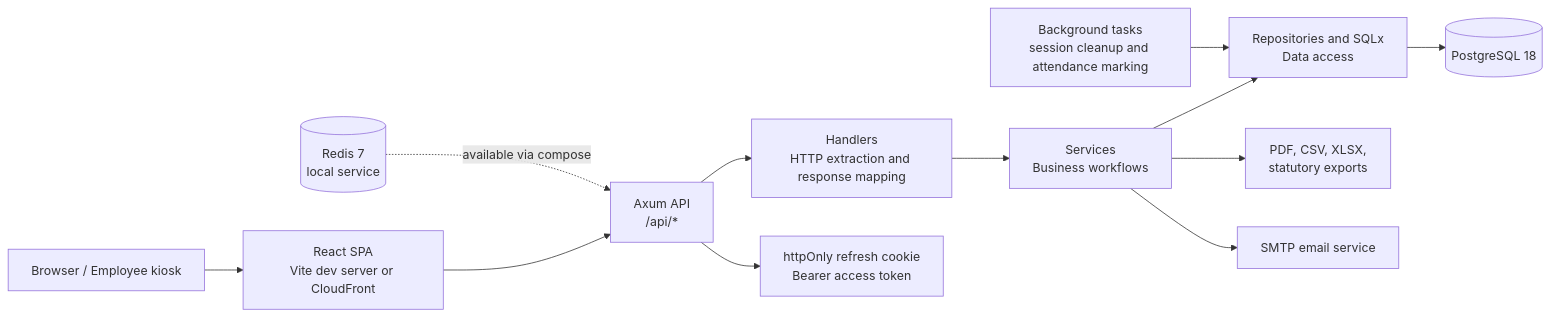
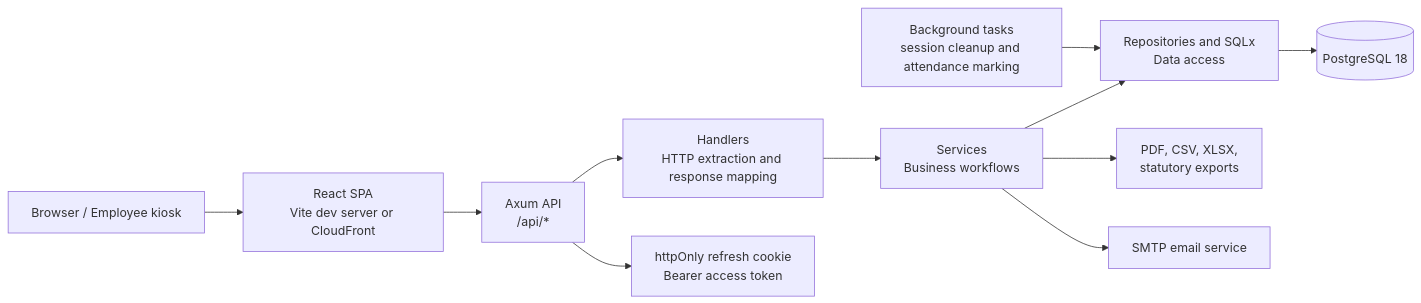
One commit to siewong007/payroll-system changed the diagram in README.md. Above: the diagram before and after it, drawn with Mermaid. The commit also changed other lines of this file and 48 other files, not shown here.

````diff
--- a/README.md
+++ b/README.md
@@ -66,14 +66,13 @@
 ```mermaid
 flowchart LR
     Browser["Browser / Employee kiosk"] --> Frontend["React SPA\nVite dev server or CloudFront"]
     Frontend --> Api["Axum API\n/api/*"]
     Api --> Handlers["Handlers\nHTTP extraction and response mapping"]
     Handlers --> Services["Services\nBusiness workflows"]
     Services --> Repositories["Repositories and SQLx\nData access"]
     Repositories --> Postgres[("PostgreSQL 18")]
     Services --> Exports["PDF, CSV, XLSX,\nstatutory exports"]
     Services --> Email["SMTP email service"]
     Api --> Cookies["httpOnly refresh cookie\nBearer access token"]
     Background["Background tasks\nsession cleanup and attendance marking"] --> Repositories
-    Redis[("Redis 7\nlocal service")] -. "available via compose" .-> Api
 ```
````
